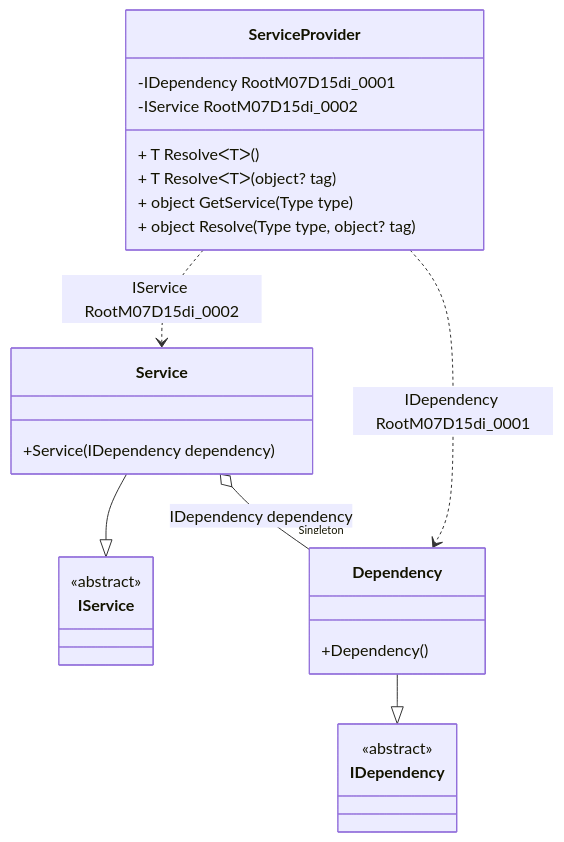
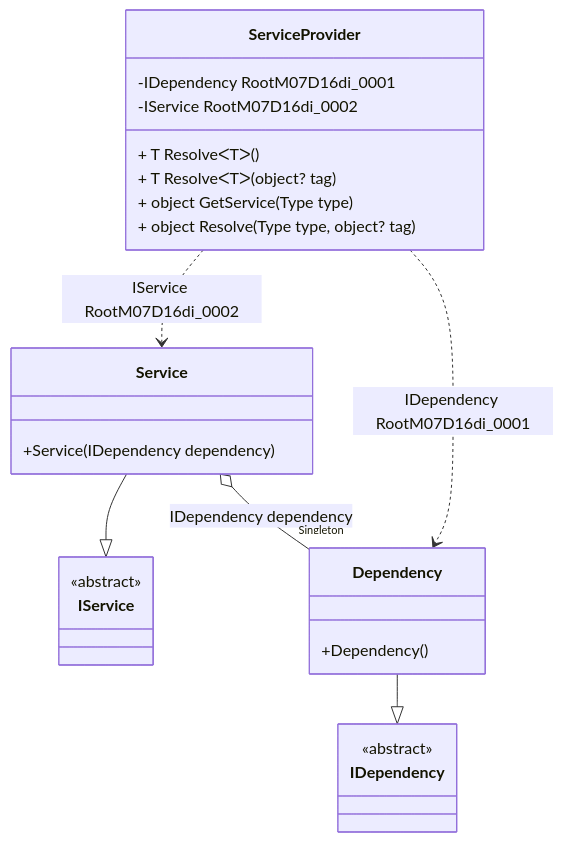
The diagram in readme/service-provider.md (DevTeam/Pure.DI), drawn with Mermaid before and after one commit. The commit also changed other lines of this file and 51 other files, not shown here.

````diff
--- a/readme/service-provider.md
+++ b/readme/service-provider.md
@@ -50,28 +50,28 @@
 ```mermaid
 classDiagram
   class ServiceProvider {
-    -IDependency RootM07D15di_0001
-    -IService RootM07D15di_0002
+    -IDependency RootM07D16di_0001
+    -IService RootM07D16di_0002
     + T ResolveᐸTᐳ()
     + T ResolveᐸTᐳ(object? tag)
     + object GetService(Type type)
     + object Resolve(Type type, object? tag)
   }
   Service --|> IService : 
   class Service {
     +Service(IDependency dependency)
   }
   Dependency --|> IDependency : 
   class Dependency {
     +Dependency()
   }
   class IService {
     <<abstract>>
   }
   class IDependency {
     <<abstract>>
   }
   Service o--  "Singleton" Dependency : IDependency dependency
-  ServiceProvider ..> Dependency : IDependency RootM07D15di_0001
-  ServiceProvider ..> Service : IService RootM07D15di_0002
+  ServiceProvider ..> Dependency : IDependency RootM07D16di_0001
+  ServiceProvider ..> Service : IService RootM07D16di_0002
 ```
````
